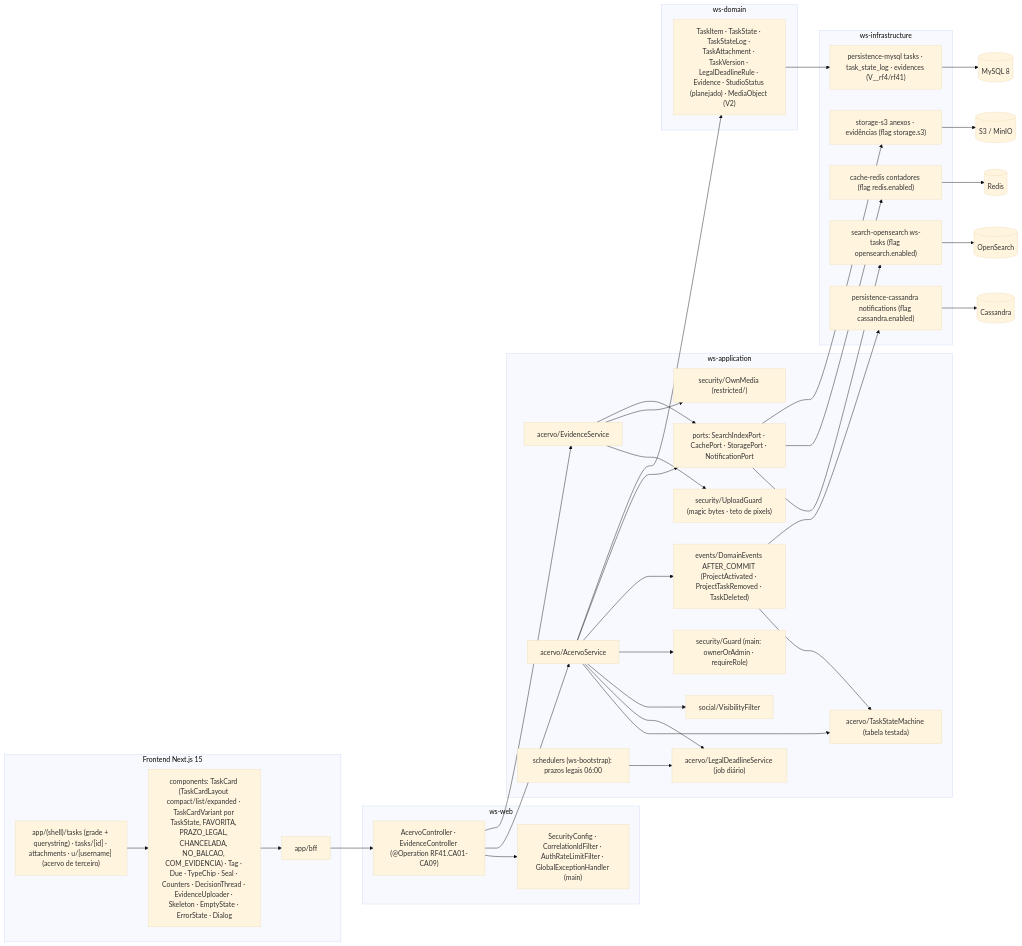
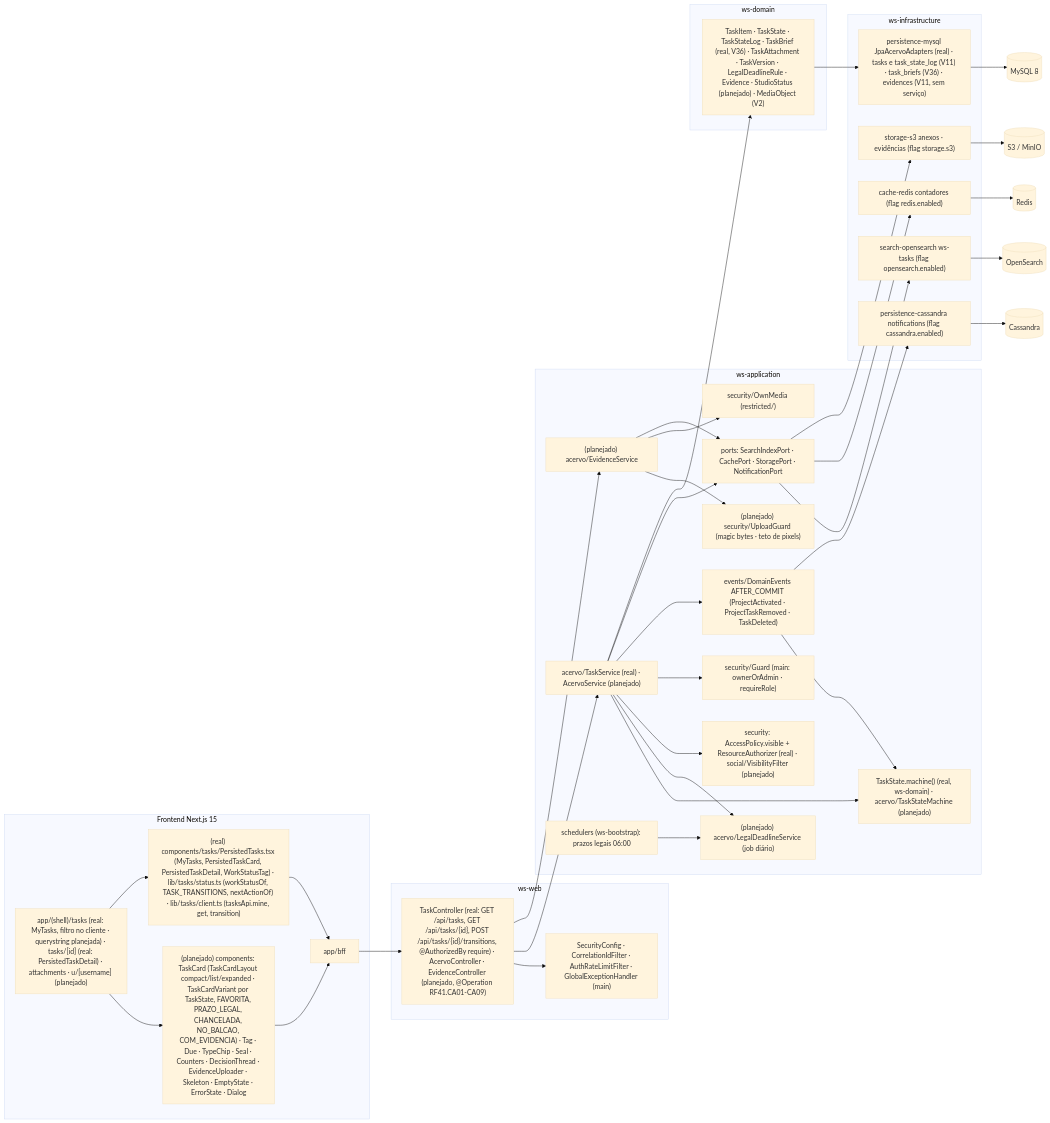
One commit to MatheusHaliski/Decia-app-2026 changed the fifth of 5 diagrams in docs/diagramas/RF41/README.md. Above: the diagram before and after it, drawn with Mermaid (base theme). The commit also changed other lines of this file and 3 other files, not shown here.

First line of the commit message:
docs(diagramas): RF4, RF12 e RF41 alinhados à API real de tarefas

````diff
--- a/docs/diagramas/RF41/README.md
+++ b/docs/diagramas/RF41/README.md
@@ -466,55 +618,57 @@
 ```mermaid
 flowchart LR
   subgraph FRONT["Frontend Next.js 15"]
-    R1["app/(shell)/tasks (grade + querystring) · tasks/[id] · attachments · u/[username] (acervo de terceiro)"]
-    R2["components: TaskCard (TaskCardLayout compact/list/expanded · TaskCardVariant por TaskState, FAVORITA, PRAZO_LEGAL, CHANCELADA, NO_BALCAO, COM_EVIDENCIA) · Tag · Due · TypeChip · Seal · Counters · DecisionThread · EvidenceUploader · Skeleton · EmptyState · ErrorState · Dialog"]
+    R1["app/(shell)/tasks (real: MyTasks, filtro no cliente · querystring planejada) · tasks/[id] (real: PersistedTaskDetail) · attachments · u/[username] (planejado)"]
+    RR["(real) components/tasks/PersistedTasks.tsx (MyTasks, PersistedTaskCard, PersistedTaskDetail, WorkStatusTag) · lib/tasks/status.ts (workStatusOf, TASK_TRANSITIONS, nextActionOf) · lib/tasks/client.ts (tasksApi.mine, get, transition)"]
+    R2["(planejado) components: TaskCard (TaskCardLayout compact/list/expanded · TaskCardVariant por TaskState, FAVORITA, PRAZO_LEGAL, CHANCELADA, NO_BALCAO, COM_EVIDENCIA) · Tag · Due · TypeChip · Seal · Counters · DecisionThread · EvidenceUploader · Skeleton · EmptyState · ErrorState · Dialog"]
     BFF["app/bff"]
     R1 --> R2 --> BFF
+    R1 --> RR --> BFF
   end
   subgraph WEB["ws-web"]
-    AC["AcervoController · EvidenceController (@Operation RF41.CA01-CA09)"]
+    AC["TaskController (real: GET /api/tasks, GET /api/tasks/{id}, POST /api/tasks/{id}/transitions, @AuthorizedBy require) · AcervoController · EvidenceController (planejado, @Operation RF41.CA01-CA09)"]
     SEC["SecurityConfig · CorrelationIdFilter · AuthRateLimitFilter · GlobalExceptionHandler (main)"]
   end
   subgraph APPL["ws-application"]
-    AS["acervo/AcervoService"]
-    TSM["acervo/TaskStateMachine (tabela testada)"]
-    LDS["acervo/LegalDeadlineService (job diário)"]
-    ES["acervo/EvidenceService"]
-    VF["social/VisibilityFilter"]
+    AS["acervo/TaskService (real) · AcervoService (planejado)"]
+    TSM["TaskState.machine() (real, ws-domain) · acervo/TaskStateMachine (planejado)"]
+    LDS["(planejado) acervo/LegalDeadlineService (job diário)"]
+    ES["(planejado) acervo/EvidenceService"]
+    VF["security: AccessPolicy.visible + ResourceAuthorizer (real) · social/VisibilityFilter (planejado)"]
     GD["security/Guard (main: ownerOrAdmin · requireRole)"]
     OM["security/OwnMedia (restricted/)"]
-    UG["security/UploadGuard (magic bytes · teto de pixels)"]
+    UG["(planejado) security/UploadGuard (magic bytes · teto de pixels)"]
     DE["events/DomainEvents AFTER_COMMIT (ProjectActivated · ProjectTaskRemoved · TaskDeleted)"]
     PORTS["ports: SearchIndexPort · CachePort · StoragePort · NotificationPort"]
     SCH["schedulers (ws-bootstrap): prazos legais 06:00"]
   end
   subgraph DOM["ws-domain"]
-    ENT["TaskItem · TaskState · TaskStateLog · TaskAttachment · TaskVersion · LegalDeadlineRule · Evidence · StudioStatus (planejado) · MediaObject (V2)"]
+    ENT["TaskItem · TaskState · TaskStateLog · TaskBrief (real, V36) · TaskAttachment · TaskVersion · LegalDeadlineRule · Evidence · StudioStatus (planejado) · MediaObject (V2)"]
   end
   subgraph INFRA["ws-infrastructure"]
-    MY["persistence-mysql tasks · task_state_log · evidences (V__rf4/rf41)"]
+    MY["persistence-mysql JpaAcervoAdapters (real) · tasks e task_state_log (V11) · task_briefs (V36) · evidences (V11, sem serviço)"]
     OSA["search-opensearch ws-tasks (flag opensearch.enabled)"]
     RD["cache-redis contadores (flag redis.enabled)"]
     S3A["storage-s3 anexos · evidências (flag storage.s3)"]
     CASA["persistence-cassandra notifications (flag cassandra.enabled)"]
   end
   BFF --> AC --> SEC
   AC --> AS
   AC --> ES
   AS --> TSM
   AS --> LDS
   AS --> VF
   AS --> GD
   AS --> DE
   AS --> PORTS
   ES --> UG
   ES --> OM
   ES --> PORTS
   DE --> TSM
   SCH --> LDS
   AS --> ENT --> MY --> MYSQL[("MySQL 8")]
   PORTS --> OSA --> OPENS[("OpenSearch")]
   PORTS --> RD --> REDIS[("Redis")]
   PORTS --> S3A --> S3[("S3 / MinIO")]
   DE --> CASA --> CASS[("Cassandra")]
 ```
````
